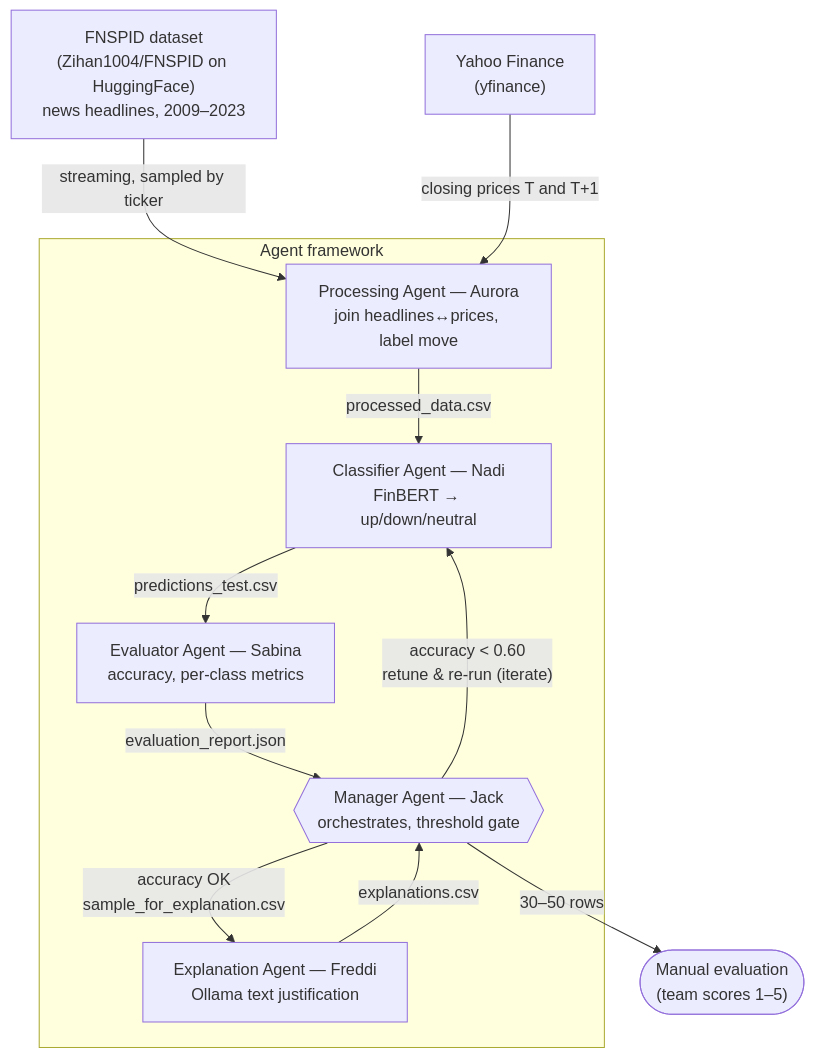
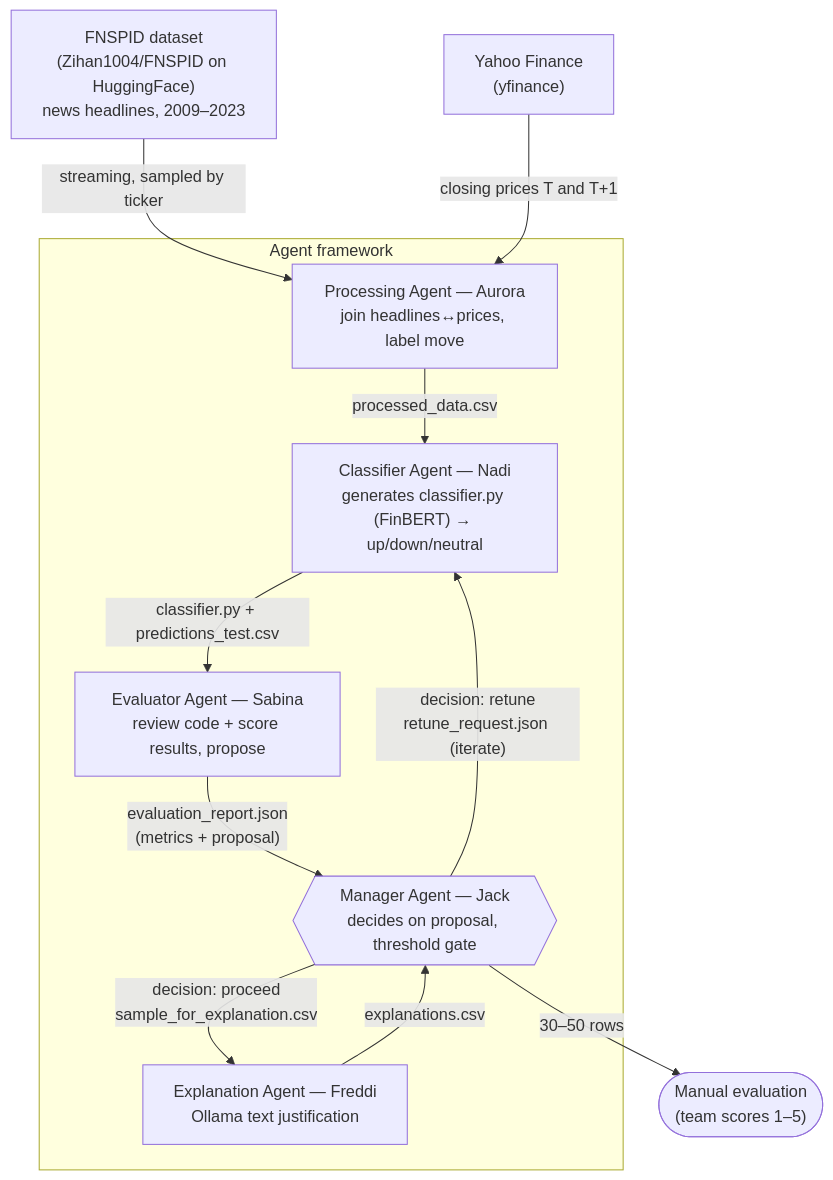
One commit to njaltran/NLP_lab changed the diagram in architecture.md. Above: the diagram before and after it, drawn with Mermaid. The commit also changed other lines of this file and 1 other file, not shown here.

Commit message:
Improve data contracts as per prof's suggestions

````diff
--- a/architecture.md
+++ b/architecture.md
@@ -7,21 +7,21 @@
 ```mermaid
 flowchart TD
     FNSPID["FNSPID dataset<br/>(Zihan1004/FNSPID on HuggingFace)<br/>news headlines, 2009–2023"] -->|streaming, sampled by ticker| AURORA
     YF["Yahoo Finance<br/>(yfinance)"] -->|closing prices T and T+1| AURORA
 
     subgraph AGENTS["Agent framework"]
-        JACK{{"Manager Agent — Jack<br/>orchestrates, threshold gate"}}
+        JACK{{"Manager Agent — Jack<br/>decides on proposal, threshold gate"}}
         AURORA["Processing Agent — Aurora<br/>join headlines↔prices, label move"]
-        NADI["Classifier Agent — Nadi<br/>FinBERT → up/down/neutral"]
-        SABINA["Evaluator Agent — Sabina<br/>accuracy, per-class metrics"]
+        NADI["Classifier Agent — Nadi<br/>generates classifier.py (FinBERT) → up/down/neutral"]
+        SABINA["Evaluator Agent — Sabina<br/>review code + score results, propose"]
         FREDDI["Explanation Agent — Freddi<br/>Ollama text justification"]
     end
 
     AURORA -->|"processed_data.csv"| NADI
-    NADI -->|"predictions_test.csv"| SABINA
-    SABINA -->|"evaluation_report.json"| JACK
-    JACK -->|"accuracy < 0.60<br/>retune & re-run (iterate)"| NADI
-    JACK -->|"accuracy OK<br/>sample_for_explanation.csv"| FREDDI
+    NADI -->|"classifier.py + predictions_test.csv"| SABINA
+    SABINA -->|"evaluation_report.json<br/>(metrics + proposal)"| JACK
+    JACK -->|"decision: retune<br/>retune_request.json (iterate)"| NADI
+    JACK -->|"decision: proceed<br/>sample_for_explanation.csv"| FREDDI
     FREDDI -->|"explanations.csv"| JACK
     JACK -->|"30–50 rows"| HUMAN(["Manual evaluation<br/>(team scores 1–5)"])
 ```
````
